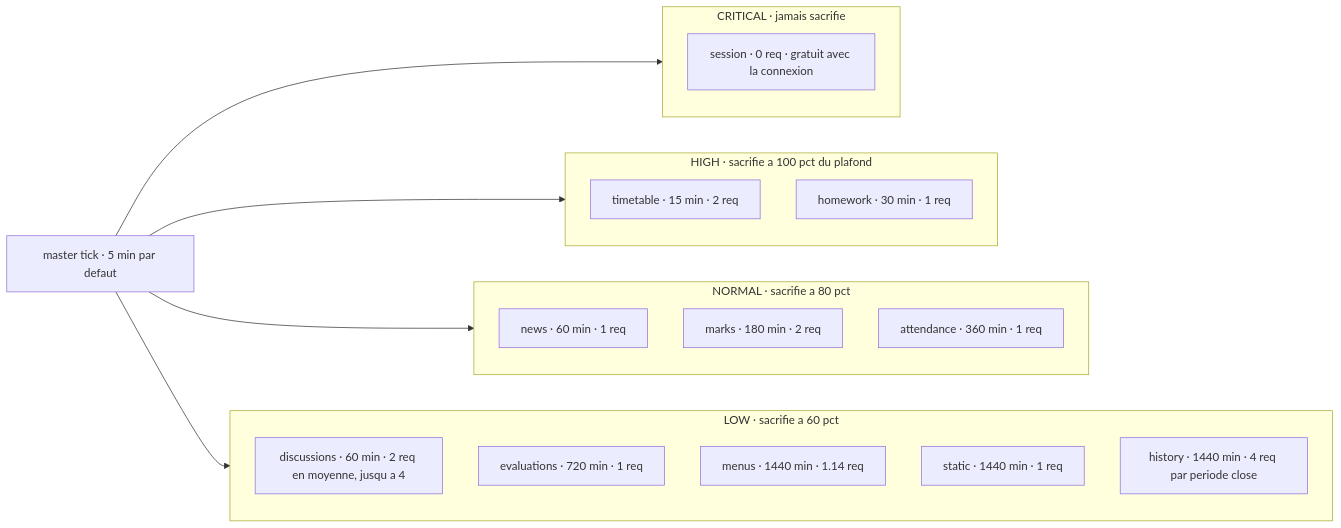
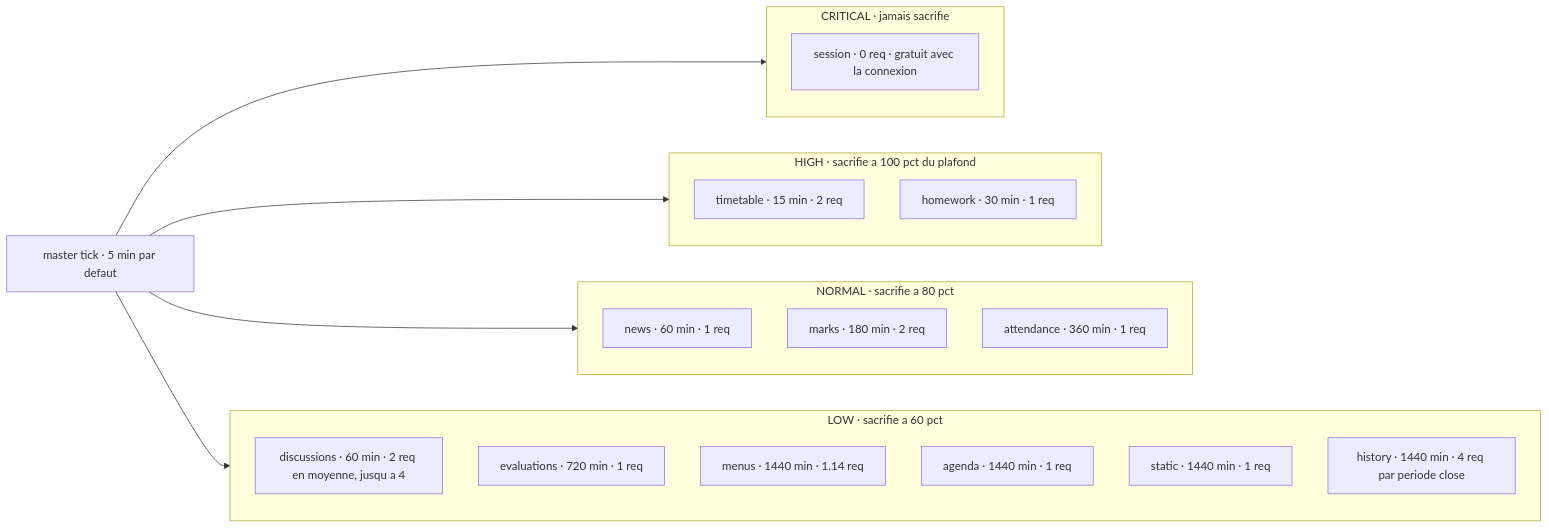
One commit to FiveElements/ha-carnet-scolaire changed the third of 6 diagrams in docs/ARCHITECTURE.md. Above: the diagram before and after it, drawn with Mermaid. The commit also changed other lines of this file and 55 other files, not shown here.

````diff
--- a/docs/ARCHITECTURE.md
+++ b/docs/ARCHITECTURE.md
@@ -741,31 +728,32 @@
 ```mermaid
 flowchart LR
   subgraph CRIT["CRITICAL · jamais sacrifie"]
     SESSION["session · 0 req · gratuit avec la connexion"]
   end
 
   subgraph HIGH["HIGH · sacrifie a 100 pct du plafond"]
     TT["timetable · 15 min · 2 req"]
     HW["homework · 30 min · 1 req"]
   end
 
   subgraph NORM["NORMAL · sacrifie a 80 pct"]
     NEWS["news · 60 min · 1 req"]
     MARKS["marks · 180 min · 2 req"]
     ATT["attendance · 360 min · 1 req"]
   end
 
   subgraph LOW["LOW · sacrifie a 60 pct"]
     DISC["discussions · 60 min · 2 req en moyenne, jusqu a 4"]
     EVAL["evaluations · 720 min · 1 req"]
     MENUS["menus · 1440 min · 1.14 req"]
+    AGENDA["agenda · 1440 min · 1 req"]
     STATIC["static · 1440 min · 1 req"]
     HIST["history · 1440 min · 4 req par periode close"]
   end
 
   TICK["master tick · 5 min par defaut"]
   TICK --> CRIT
   TICK --> HIGH
   TICK --> NORM
   TICK --> LOW
 ```
````
